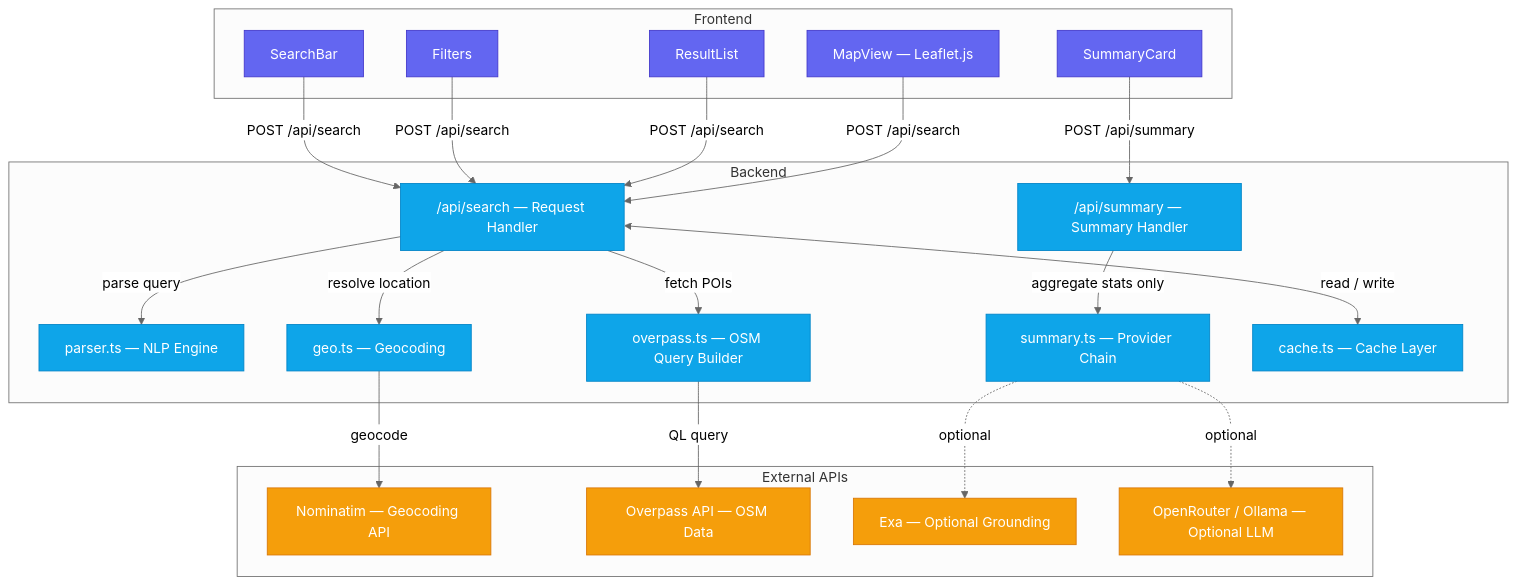
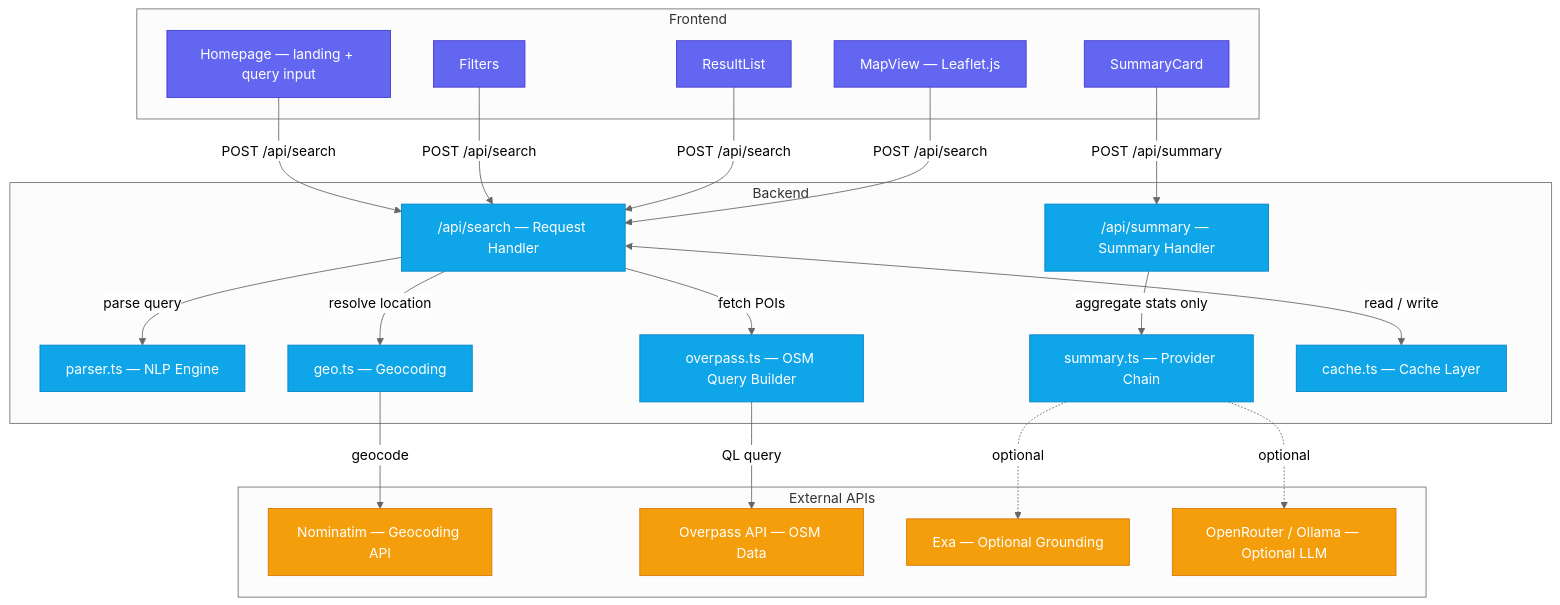
The diagram in README.md (Aviox8/lighthouse), drawn with Mermaid (neutral theme) before and after one commit. The commit also changed other lines of this file and 4 other files, not shown here.

````diff
--- a/README.md
+++ b/README.md
@@ -25,49 +25,49 @@
 ```mermaid
 flowchart TB
     classDef frontend fill:#6366f1,stroke:#4338ca,color:#fff
     classDef backend fill:#0ea5e9,stroke:#0284c7,color:#fff
     classDef external fill:#f59e0b,stroke:#d97706,color:#fff
 
     subgraph FE["Frontend"]
-        SearchBar["SearchBar"]
+        Homepage["Homepage — landing + query input"]
         Filters["Filters"]
         ResultList["ResultList"]
         SummaryCard["SummaryCard"]
         MapView["MapView — Leaflet.js"]
     end
 
     subgraph BE["Backend"]
         route["/api/search — Request Handler"]
         summaryRoute["/api/summary — Summary Handler"]
         parser["parser.ts — NLP Engine"]
         geo["geo.ts — Geocoding"]
         overpass["overpass.ts — OSM Query Builder"]
         summary["summary.ts — Provider Chain"]
         cache["cache.ts — Cache Layer"]
     end
 
     subgraph EX["External APIs"]
         Nominatim["Nominatim — Geocoding API"]
         OverpassAPI["Overpass API — OSM Data"]
         Exa["Exa — Optional Grounding"]
         LLM["OpenRouter / Ollama — Optional LLM"]
     end
 
-    SearchBar & Filters & ResultList & MapView -->|"POST /api/search"| route
+    Homepage & Filters & ResultList & MapView -->|"POST /api/search"| route
     SummaryCard -->|"POST /api/summary"| summaryRoute
 
     route -->|"parse query"| parser
     route -->|"resolve location"| geo
     route -->|"fetch POIs"| overpass
     route <-->|"read / write"| cache
     summaryRoute -->|"aggregate stats only"| summary
 
     geo -->|"geocode"| Nominatim
     overpass -->|"QL query"| OverpassAPI
     summary -.->|"optional"| Exa
     summary -.->|"optional"| LLM
 
-    class SearchBar,Filters,ResultList,SummaryCard,MapView frontend
+    class Homepage,Filters,ResultList,SummaryCard,MapView frontend
     class route,summaryRoute,parser,geo,overpass,summary,cache backend
     class Nominatim,OverpassAPI,Exa,LLM external
 ```
````
